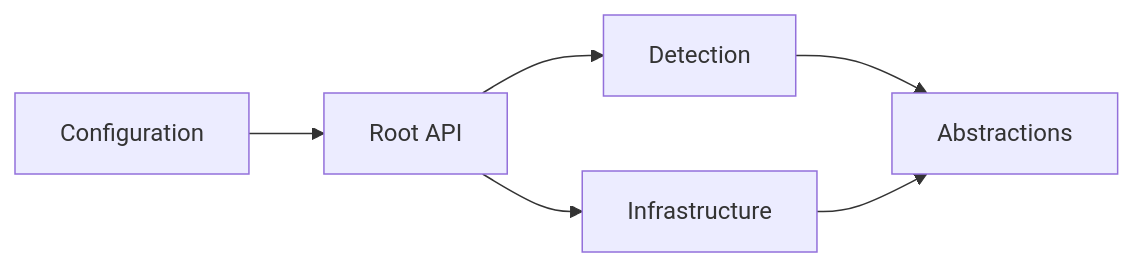
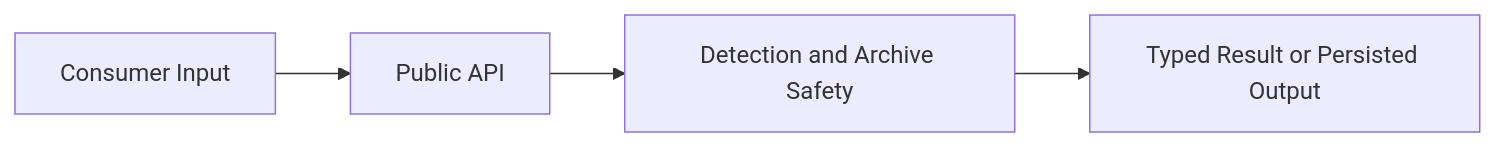
Before and after one commit to tomtastisch/FileClassifier: the diagram in src/FileTypeDetection/README.md, drawn with Mermaid. The commit also changed other lines of this file and 53 other files, not shown here.

````diff
--- a/src/FileTypeDetection/README.md
+++ b/src/FileTypeDetection/README.md
@@ -75,8 +21,6 @@
 ```mermaid
 flowchart LR
-    CFG[Configuration]--> API[Root API]
-    API --> DET[Detection]
-    API --> INF[Infrastructure]
-    DET --> ABS[Abstractions]
-    INF --> ABS
+    A[Consumer Input] --> B[Public API]
+    B --> C[Detection and Archive Safety]
+    C --> D[Typed Result or Persisted Output]
 ```
````
